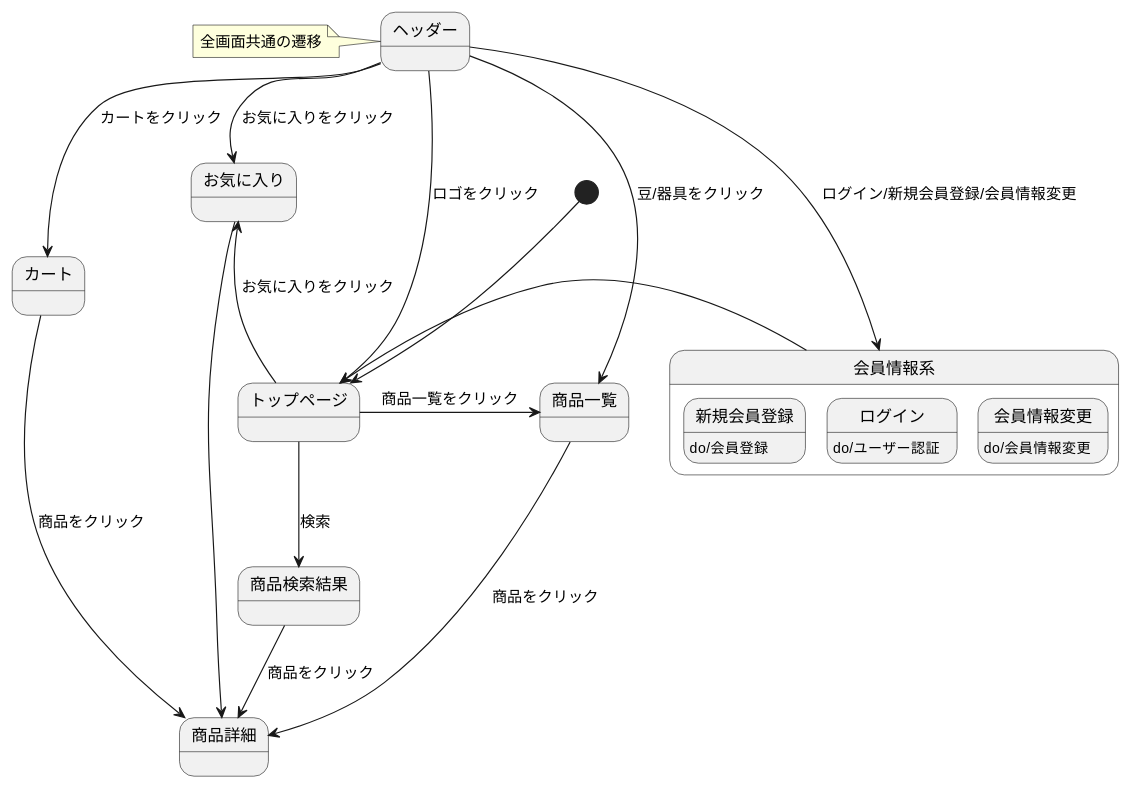
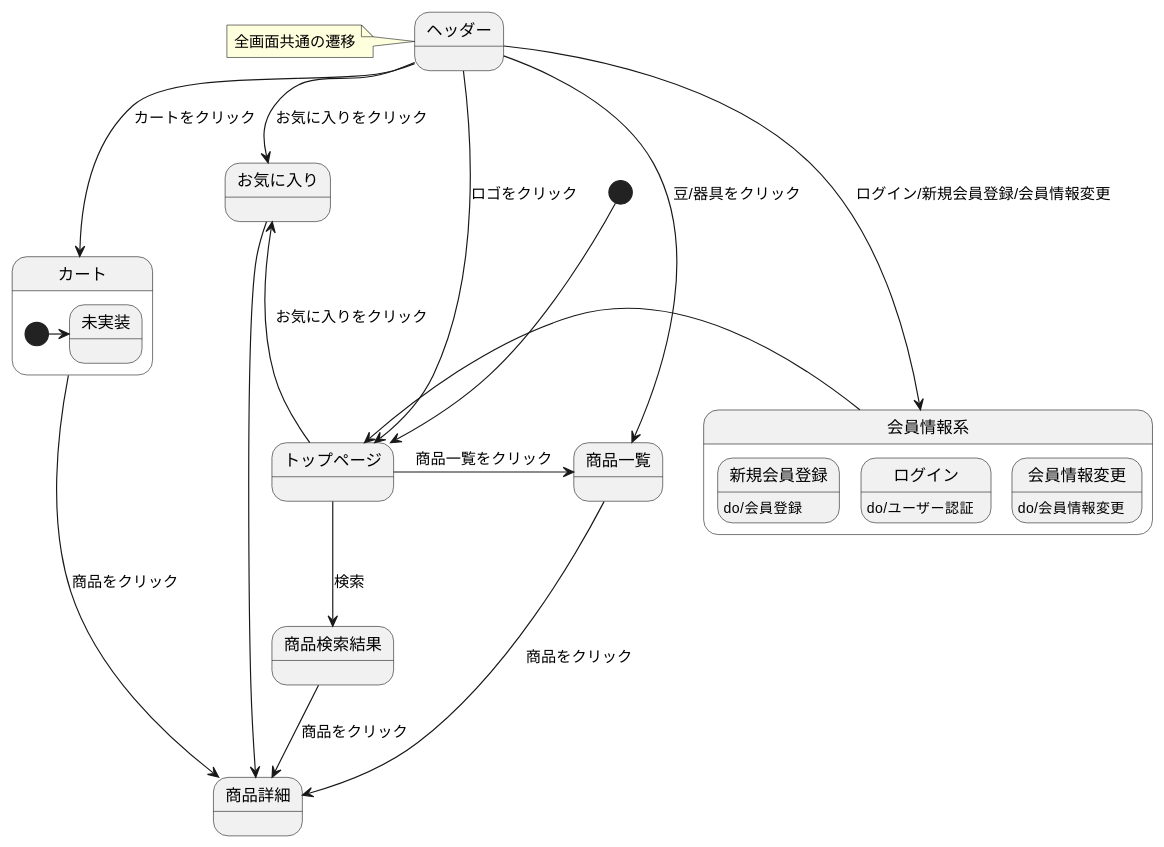
The diagram in 03_画面遷移図/stm_03.md (Aso2101122/coffeeEC), drawn with PlantUML before and after one commit.

````diff
--- a/03_画面遷移図/stm_03.md
+++ b/03_画面遷移図/stm_03.md
@@ -2,30 +2,34 @@
 ```uml
 @startuml
 [*]-down->トップページ
 トップページ-->商品検索結果: 検索
 トップページ-right->商品一覧: 商品一覧をクリック
 商品一覧->商品詳細: 商品をクリック
 商品検索結果-down->商品詳細: 商品をクリック
 トップページ--up>お気に入り: お気に入りをクリック
 お気に入り-down->商品詳細
 カート->商品詳細: 商品をクリック
 
 state ヘッダー{
 }
 note left of ヘッダー: 全画面共通の遷移
 
 
 ヘッダー-down->トップページ: ロゴをクリック
 ヘッダー-down->商品一覧: 豆/器具をクリック
 ヘッダー-down->会員情報系: ログイン/新規会員登録/会員情報変更
 ヘッダー-down->お気に入り: お気に入りをクリック
 ヘッダー-down->カート: カートをクリック
 
 state 会員情報系{
 新規会員登録 : do/会員登録
 ログイン : do/ユーザー認証
 会員情報変更 : do/会員情報変更
 }
 会員情報系-left->トップページ
+
+state カート{
+[*]-right->未実装
+}
 @enduml
 ```
````
